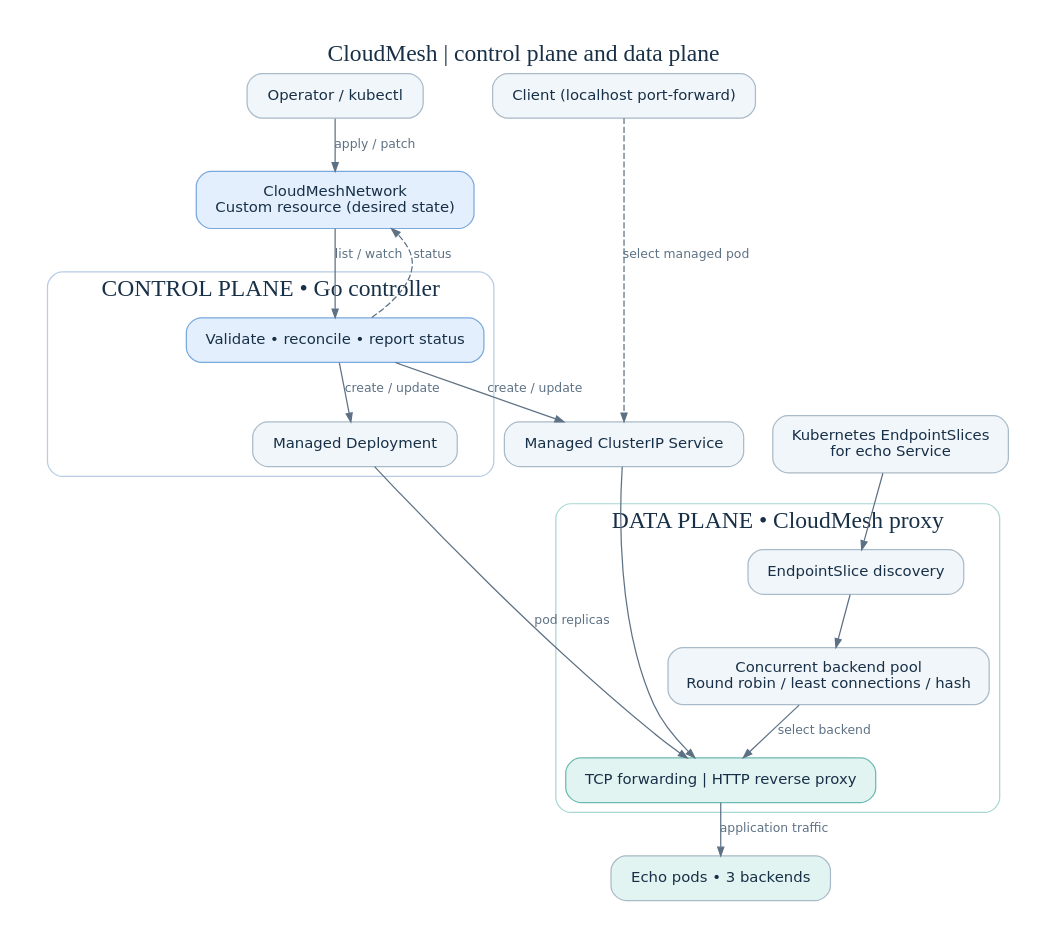
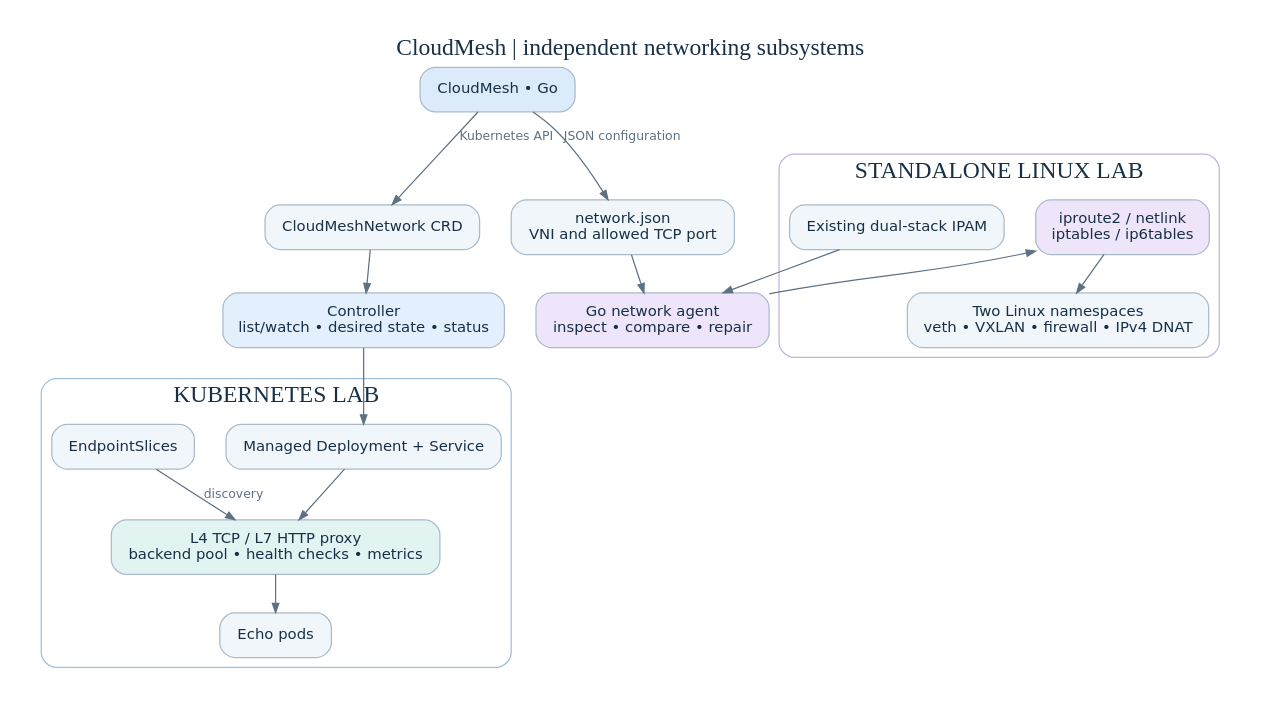
One commit to mgorripa/CloudMesh-Distributed-Cloud-Networking-Platform changed the diagram in docs/assets/architecture.dot. Above: the diagram before and after it, drawn with Graphviz. The commit also changed 15 other files, not shown here.

Commit message:
Document Linux network agent architecture and integration testing

```diff
--- a/docs/assets/architecture.dot
+++ b/docs/assets/architecture.dot
@@ -1,6 +1,10 @@
-digraph G { graph [rankdir=TB, bgcolor="white", pad="0.32", nodesep="0.32", ranksep="0.43", labelloc=t, label="CloudMesh | control plane and data plane", fontname="DejaVu Sans Bold", fontsize=19, fontcolor="#183047"]; node [shape=box, style="rounded,filled", fillcolor="#F1F6FA", color="#A9BAC8", fontname="DejaVu Sans", fontsize=12, fontcolor="#183047", margin="0.22,0.14"]; edge [color="#5D7184", fontname="DejaVu Sans", fontsize=10, fontcolor="#5D7184", arrowsize=.7]; 
- user [label="Operator / kubectl"]; cr [label="CloudMeshNetwork\nCustom resource (desired state)",fillcolor="#E3EFFD",color="#79A8DC"];
- subgraph cluster_control { label="CONTROL PLANE • Go controller"; color="#B6CCE4"; style=rounded; ctrl [label="Validate • reconcile • report status",fillcolor="#E3EFFD",color="#79A8DC"]; dep [label="Managed Deployment"]; svc [label="Managed ClusterIP Service"]; ctrl -> dep [label="create / update"]; ctrl -> svc [label="create / update"]; }
- subgraph cluster_data { label="DATA PLANE • CloudMesh proxy"; color="#A7D8D2"; style=rounded; disc [label="EndpointSlice discovery"]; pool [label="Concurrent backend pool\nRound robin / least connections / hash"]; px [label="TCP forwarding | HTTP reverse proxy",fillcolor="#E2F4F1",color="#6CBAB0"]; disc -> pool; pool -> px [label="select backend"]; }
- user -> cr [label="apply / patch"]; cr -> ctrl [label="list / watch"]; ctrl -> cr [style=dashed,label="status",constraint=false]; dep -> px [label="pod replicas"]; client [label="Client (localhost port-forward)"]; client -> svc [label="select managed pod",style=dashed]; svc -> px; es [label="Kubernetes EndpointSlices\nfor echo Service"]; es -> disc; echo [label="Echo pods • 3 backends",fillcolor="#E2F4F1"]; px -> echo [label="application traffic"]; {rank=same; user;client} {rank=same; svc;es}
- }
+digraph G {
+graph [bgcolor="white", pad="0.25", nodesep="0.35", ranksep="0.40", labelloc=t, fontname="DejaVu Sans Bold", fontsize=19, fontcolor="#183047"]; node [shape=box, style="rounded,filled", fillcolor="#F1F6FA", color="#A9BAC8", fontname="DejaVu Sans", fontsize=12, fontcolor="#183047", margin="0.19,0.13"]; edge [color="#5D7184", fontname="DejaVu Sans", fontsize=10, fontcolor="#5D7184", arrowsize=.75];
+ graph [label="CloudMesh | independent networking subsystems"];
+
+ root [label="CloudMesh • Go",fillcolor="#DCEBFA"];
+ subgraph cluster_k {label="KUBERNETES LAB"; style=rounded; color="#9FBFDF"; cr [label="CloudMeshNetwork CRD"]; ctl [label="Controller\nlist/watch • desired state • status",fillcolor="#E3EFFD"]; dep [label="Managed Deployment + Service"]; proxy [label="L4 TCP / L7 HTTP proxy\nbackend pool • health checks • metrics",fillcolor="#E2F4F1"]; endpoints [label="EndpointSlices"]; echo [label="Echo pods"]; cr -> ctl -> dep -> proxy -> echo; endpoints -> proxy [label="discovery"]; }
+ subgraph cluster_l {label="STANDALONE LINUX LAB"; style=rounded; color="#C4B2DE"; cfg [label="network.json\nVNI and allowed TCP port"]; ag [label="Go network agent\ninspect • compare • repair",fillcolor="#EFE5FA"]; ipam [label="Existing dual-stack IPAM"]; kernel [label="iproute2 / netlink\niptables / ip6tables",fillcolor="#EFE5FA"]; sites [label="Two Linux namespaces\nveth • VXLAN • firewall • IPv4 DNAT"]; cfg -> ag -> kernel -> sites; ipam -> ag; }
+ root -> cr [label="Kubernetes API"]; root -> cfg [label="JSON configuration"]; {rank=same; cr;cfg} {rank=same;ctl;ag}
+
+}
```
